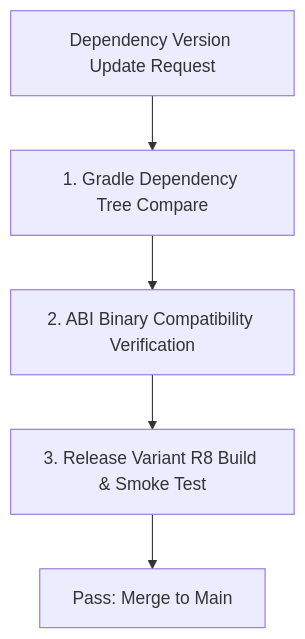
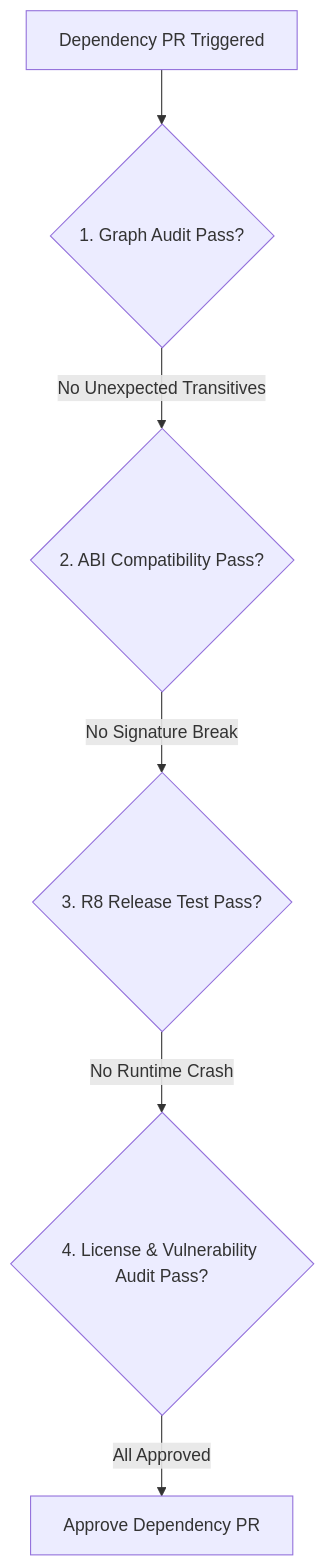
One commit to youngmin-gwon/what-i-studied changed the diagram in 01_inbox/mobile/android/03_packaging_deployment/build/dependency-versioning/dependency-ci-contracts/dependency-change-checklist-reviews-graph-abi-tests-and-release-risk.md. Above: the diagram before and after it, drawn with Mermaid. The commit also changed other lines of this file and 134 other files, not shown here.

````diff
--- a/01_inbox/mobile/android/03_packaging_deployment/build/dependency-versioning/dependency-ci-contracts/dependency-change-checklist-reviews-graph-abi-tests-and-release-risk.md
+++ b/01_inbox/mobile/android/03_packaging_deployment/build/dependency-versioning/dependency-ci-contracts/dependency-change-checklist-reviews-graph-abi-tests-and-release-risk.md
@@ -22,7 +27,8 @@
 ```mermaid
 flowchart TD
-    Change["Dependency Version Update Request"] --> GraphCheck["1. Gradle Dependency Tree Compare"]
-    GraphCheck --> ABICheck["2. ABI Binary Compatibility Verification"]
-    ABICheck --> TestCheck["3. Release Variant R8 Build & Smoke Test"]
-    TestCheck --> GatePass["Pass: Merge to Main"]
+    DepChange["Dependency PR Triggered"] --> GraphCheck{"1. Graph Audit Pass?"}
+    GraphCheck -->|No Unexpected Transitives| ABICheck{"2. ABI Compatibility Pass?"}
+    ABICheck -->|No Signature Break| TestCheck{"3. R8 Release Test Pass?"}
+    TestCheck -->|No Runtime Crash| SecCheck{"4. License & Vulnerability Audit Pass?"}
+    SecCheck -->|All Approved| Merge["Approve Dependency PR"]
 ```
````
